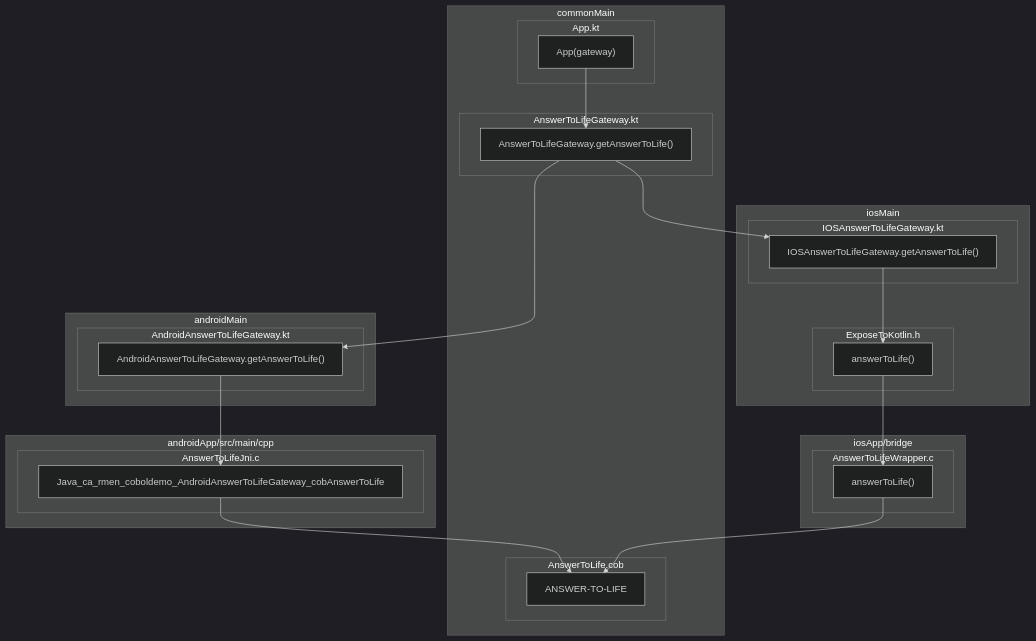
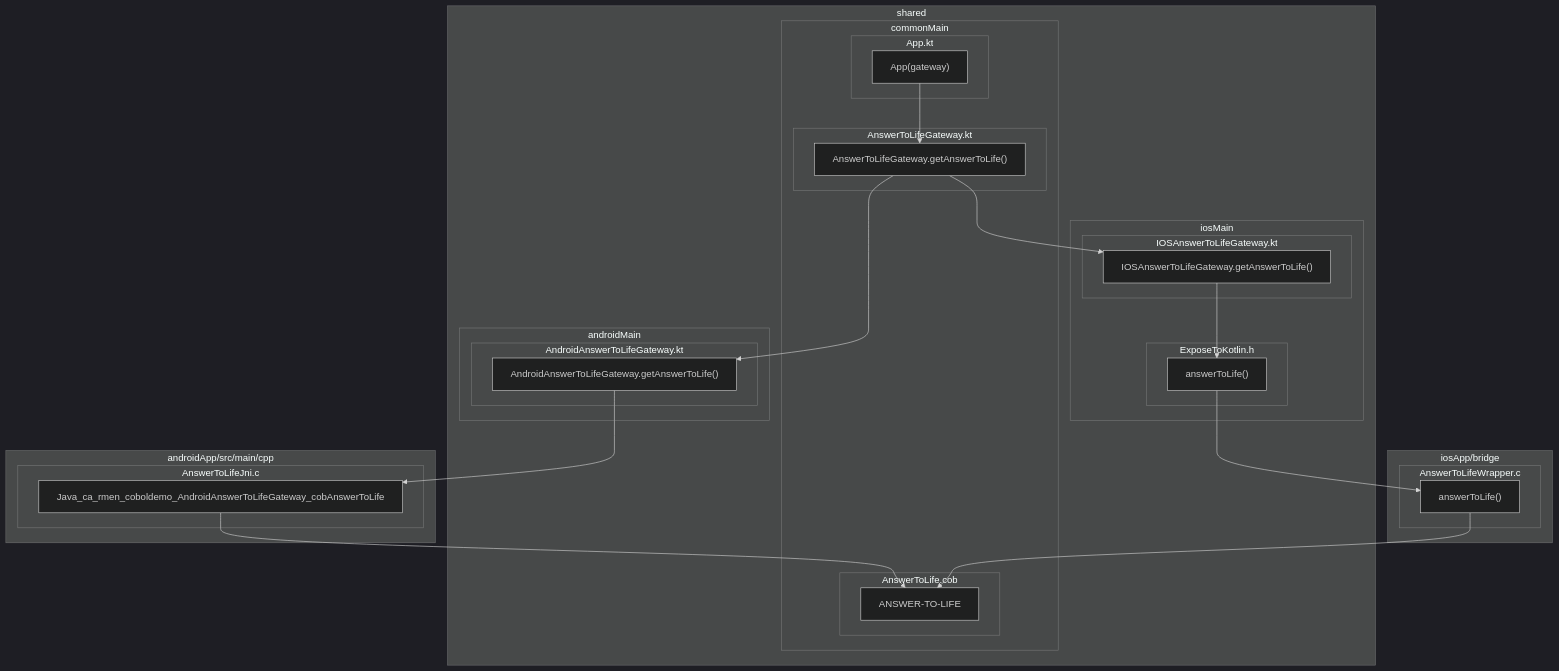
One commit to caarmen/cobol-mobile changed the diagram in examples/kmp/CobolMultiplatform/README.md. Above: the diagram before and after it, drawn with Mermaid (dark theme).

Commit message:
doc(kmp): Indicate which components are in the shared part of the app.

````diff
--- a/examples/kmp/CobolMultiplatform/README.md
+++ b/examples/kmp/CobolMultiplatform/README.md
@@ -41,53 +41,54 @@
 ```mermaid
 graph TD
-  subgraph commonMain
-    subgraph App.kt
-      app["App(gateway)"]
+  subgraph shared
+    subgraph commonMain
+      subgraph App.kt
+        app["App(gateway)"]
+      end
+      subgraph AnswerToLifeGateway.kt
+        igateway["AnswerToLifeGateway.getAnswerToLife()"]
+      end
+      subgraph sharedCobol["AnswerToLife.cob"]
+        cob["ANSWER-TO-LIFE"]
+      end
+  
+      app --> igateway
     end
-    subgraph AnswerToLifeGateway.kt
-      igateway["AnswerToLifeGateway.getAnswerToLife()"]
+  
+    subgraph androidMain
+      subgraph AndroidAnswerToLifeGateway.kt
+        gatewayAndroid["AndroidAnswerToLifeGateway.getAnswerToLife()"]
+      end
     end
-    subgraph sharedCobol["AnswerToLife.cob"]
-      cob["ANSWER-TO-LIFE"]
-    end
-
-    app --> igateway
-  end
-
-  subgraph androidMain
-    subgraph AndroidAnswerToLifeGateway.kt
-      gatewayAndroid["AndroidAnswerToLifeGateway.getAnswerToLife()"]
+    subgraph iosMain
+      subgraph IOSAnswerToLifeGateway.kt
+        gatewayIos["IOSAnswerToLifeGateway.getAnswerToLife()"]
+      end
+  
+      subgraph ExposeToKotlin.h
+        kotlinheader["answerToLife()"]
+      end
     end
   end
 
   subgraph androidCpp["androidApp/src/main/cpp"]
     subgraph AnswerToLifeJni.c
       jni["Java_ca_rmen_coboldemo_AndroidAnswerToLifeGateway_cobAnswerToLife"]
-    end
-  end
-
-  subgraph iosMain
-    subgraph IOSAnswerToLifeGateway.kt
-      gatewayIos["IOSAnswerToLifeGateway.getAnswerToLife()"]
-    end
-
-    subgraph ExposeToKotlin.h
-      kotlinheader["answerToLife()"]
     end
   end
 
   subgraph iosBridge["iosApp/bridge"]
     subgraph AnswerToLifeWrapper.c
       wrapper["answerToLife()"]
     end
   end
 
   igateway --> gatewayAndroid
   gatewayAndroid --> jni
   jni --> cob
 
   igateway --> gatewayIos
   kotlinheader --> wrapper
   gatewayIos --> kotlinheader
   wrapper --> cob
 ```
````
